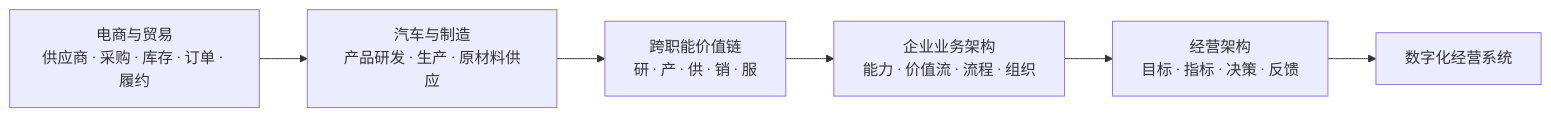
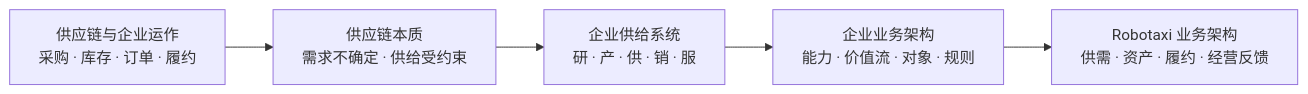
The second of 4 diagrams in README.md (Chizheng4/robotaxi), drawn with Mermaid before and after one commit. The commit also changed other lines of this file and 13 other files, not shown here.

````diff
--- a/README.md
+++ b/README.md
@@ -82,8 +65,7 @@
 ```mermaid
 flowchart LR
-  A["电商与贸易<br/>供应商 · 采购 · 库存 · 订单 · 履约"] --> B["汽车与制造<br/>产品研发 · 生产 · 原材料供应"]
-  B --> C["跨职能价值链<br/>研 · 产 · 供 · 销 · 服"]
-  C --> D["企业业务架构<br/>能力 · 价值流 · 流程 · 组织"]
-  D --> E["经营架构<br/>目标 · 指标 · 决策 · 反馈"]
-  E --> F["数字化经营系统"]
+  A["供应链与企业运作<br/>采购 · 库存 · 订单 · 履约"] --> B["供应链本质<br/>需求不确定 · 供给受约束"]
+  B --> C["企业供给系统<br/>研 · 产 · 供 · 销 · 服"]
+  C --> D["企业业务架构<br/>能力 · 价值流 · 对象 · 规则"]
+  D --> E["Robotaxi 业务架构<br/>供需 · 资产 · 履约 · 经营反馈"]
 ```
````
